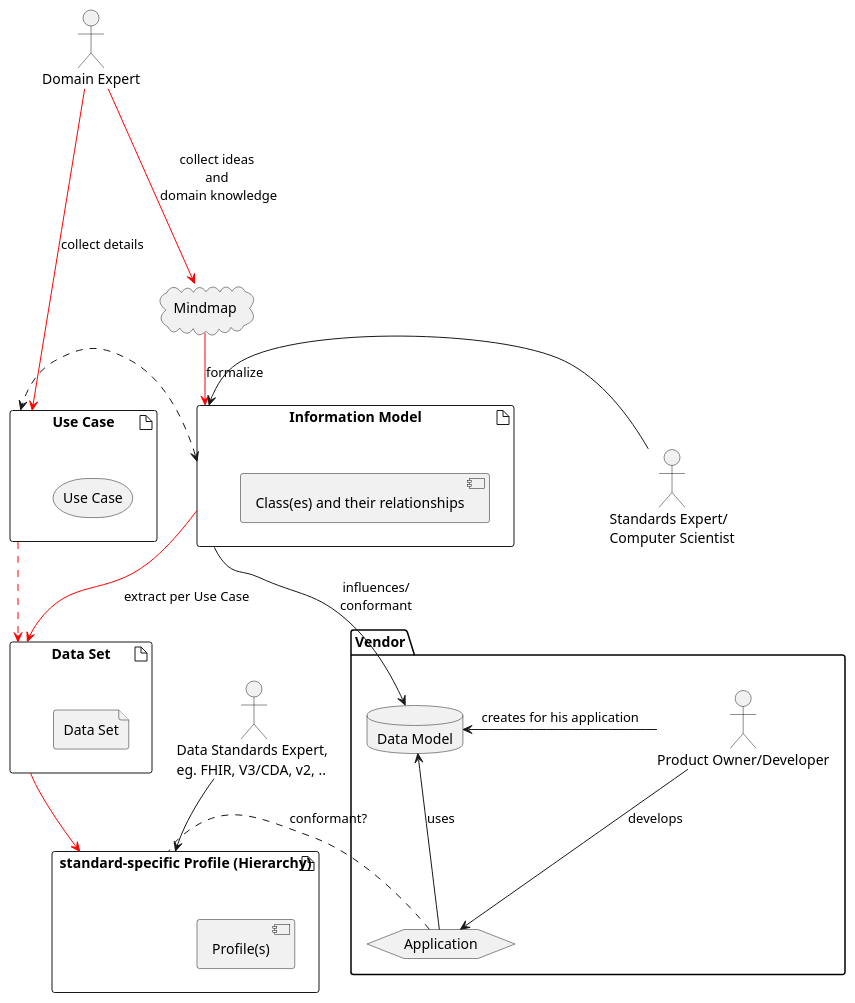
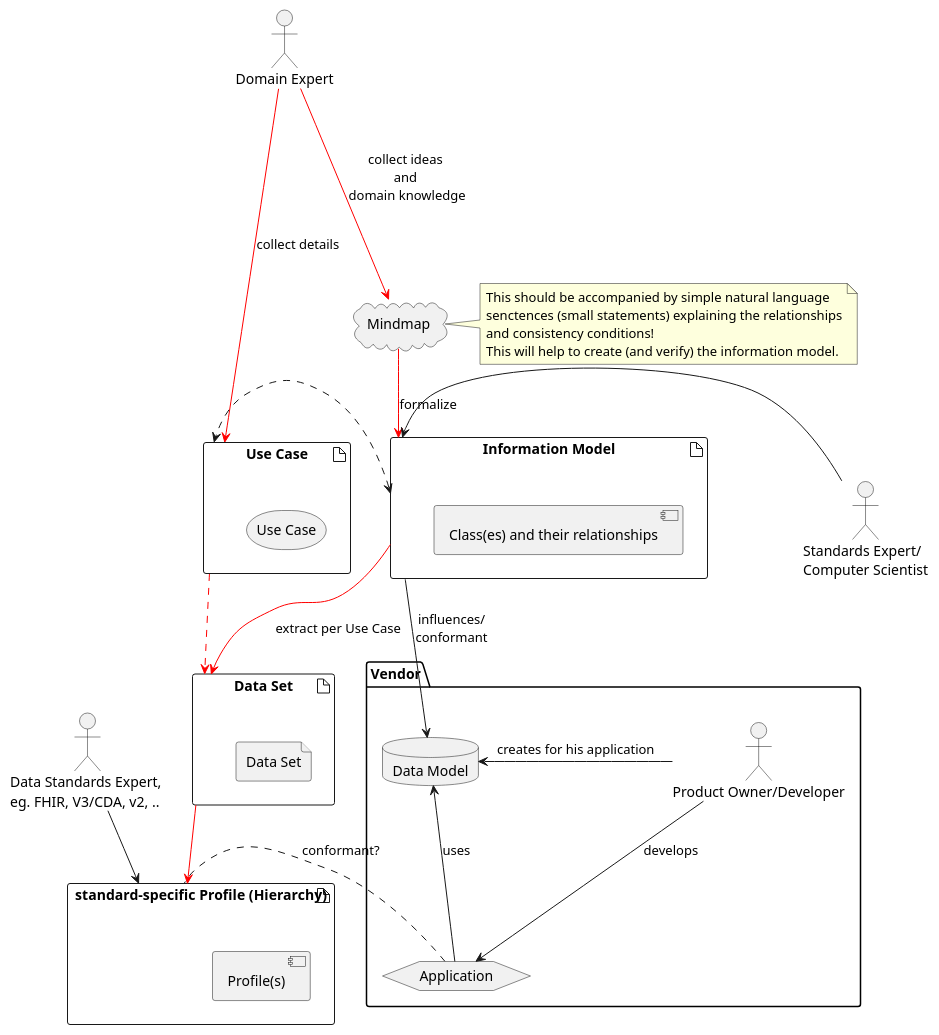
The diagram in input/images-source/guide.plantuml (frankoemig/vital-signs-demo), drawn with PlantUML before and after one commit. The commit also changed 2 other files, not shown here.

```diff
--- a/input/images-source/guide.plantuml
+++ b/input/images-source/guide.plantuml
@@ -1,52 +1,59 @@
 @startuml
 
 :Domain Expert: as de
 :Data Standards Expert, \neg. FHIR, V3/CDA, v2, ..: as fe
 
 package "Vendor" as pkg {
     :Product Owner/Developer: as vendor
     database "Data Model" as dm
     hexagon "Application" as app
 }
 
 cloud "Mindmap" as mm
+Note right
+This should be accompanied by simple natural language
+senctences (small statements) explaining the relationships
+and consistency conditions!
+This will help to create (and verify) the information model.
+end note
+
 :Standards Expert/\nComputer Scientist: as se
 
 artifact "Information Model" as im {
     component "Class(es) and their relationships"
 }
 artifact "Data Set" as ds {
     file "Data Set"
 }
 
 artifact "standard-specific Profile (Hierarchy)" as prof {
     component "Profile(s)"
 }
 
 artifact "Use Case" as uc {
     storage "Use Case"
 }
 
 de -[#red]down--> mm : collect ideas \nand \ndomain knowledge
 de -[#red]down--> uc: collect details
 
 mm -[#red]down-> im : formalize
 im -[#red]down-> ds : extract per Use Case
 ds -[#red]right-> prof
 
 se -left-> im
 fe --> prof
 
 uc <.left.> im
 uc .[#red].> ds
 
 
 vendor -right-> dm : creates for his application
 im --> dm : influences/\nconformant
 vendor -right-> app : develops
 app -up-> dm : uses
 mm .[hidden]down. vendor
 
 app .right... prof : conformant?
 
 @enduml
```
